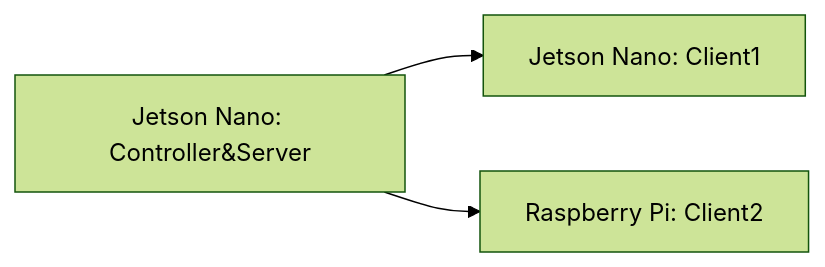
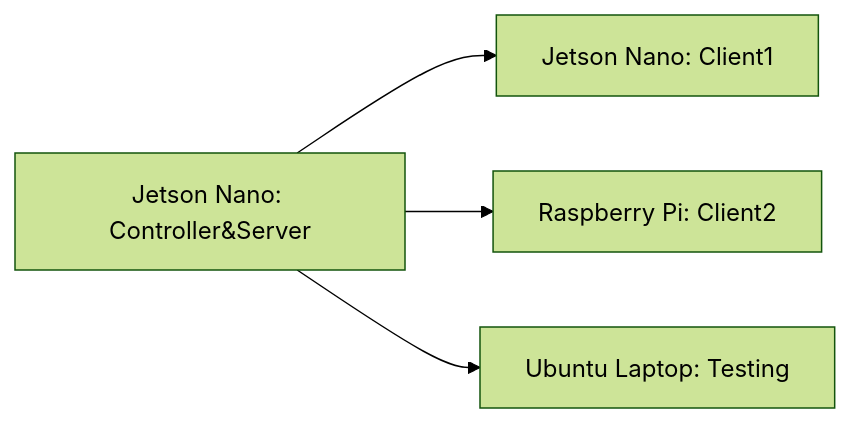
One commit to MyStarNight/Federated-Learning-Platform changed the diagram in README.md. Above: the diagram before and after it, drawn with Mermaid (forest theme). The commit also changed 1 other file, not shown here.

````diff
--- a/README.md
+++ b/README.md
@@ -54,6 +54,7 @@
 ```mermaid
 graph LR
 
 A[Jetson Nano: Controller&Server] --> B[Jetson Nano: Client1]
 A --> C[Raspberry Pi: Client2]
+A --> D[Ubuntu Laptop: Testing]
 ```
````
